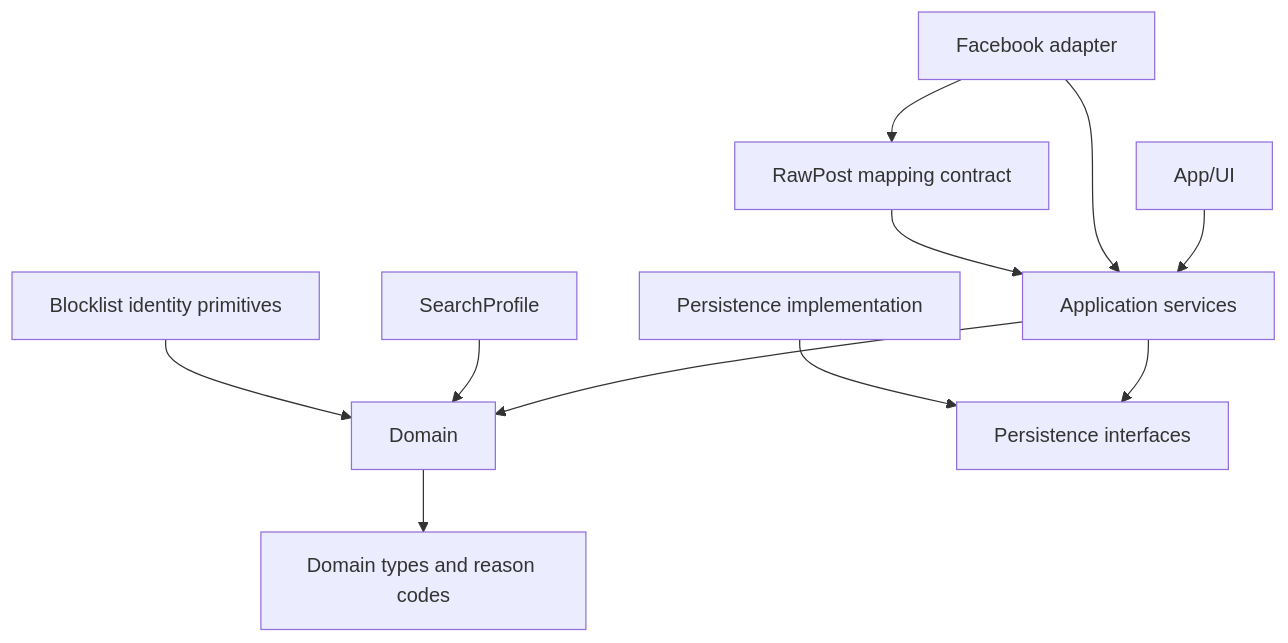
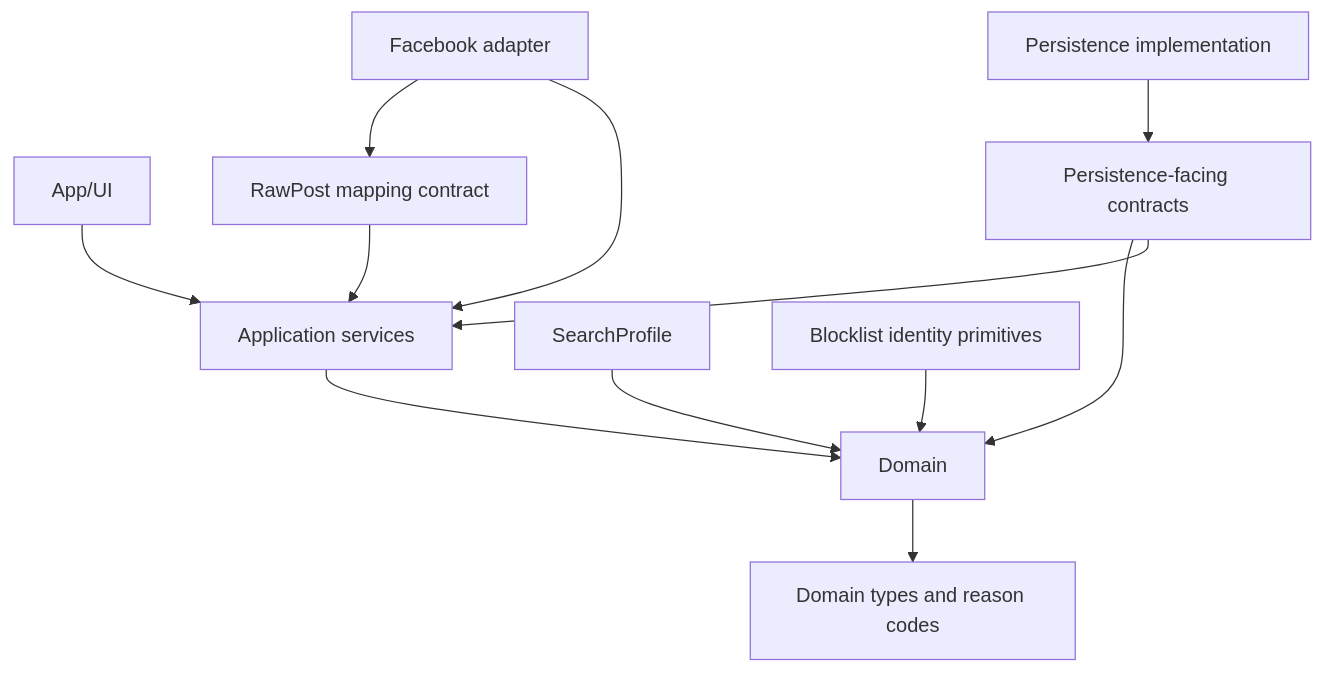
One commit to soleda2026/ScanFB changed the diagram in docs/CODE_GRAPH.md. Above: the diagram before and after it, drawn with Mermaid. The commit also changed other lines of this file and 8 other files, not shown here.

Commit message:
feat(persistence): add batch snapshot contracts

````diff
--- a/docs/CODE_GRAPH.md
+++ b/docs/CODE_GRAPH.md
@@ -7,13 +7,14 @@
 ```mermaid
 flowchart TD
     UI["App/UI"] --> APP["Application services"]
     APP --> DOMAIN["Domain"]
-    APP --> PERSIST_IF["Persistence interfaces"]
-    PERSIST_IMPL["Persistence implementation"] --> PERSIST_IF
+    PERSIST_CONTRACT["Persistence-facing contracts"] --> APP
+    PERSIST_CONTRACT --> DOMAIN
+    PERSIST_IMPL["Persistence implementation"] --> PERSIST_CONTRACT
     FB["Facebook adapter"] --> APP
     FB --> RAW["RawPost mapping contract"]
     RAW --> APP
     PROFILE["SearchProfile"] --> DOMAIN
     DOMAIN --> TYPES["Domain types and reason codes"]
     BLOCKLIST["Blocklist identity primitives"] --> DOMAIN
 ```
````
